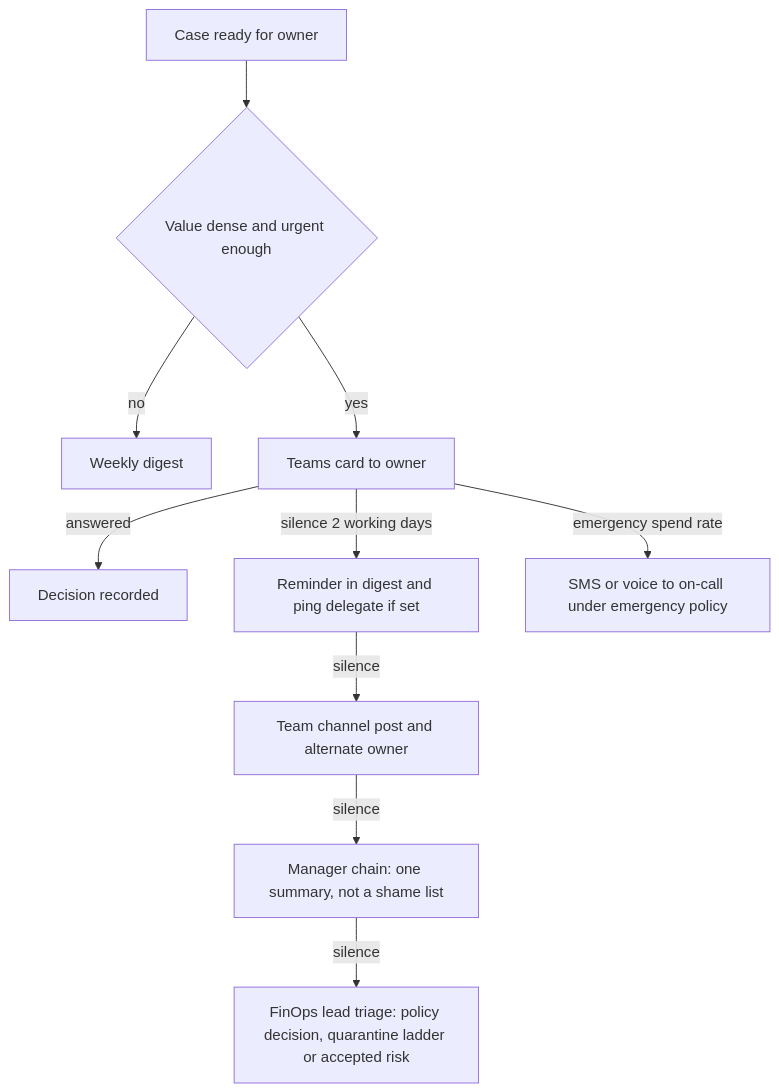
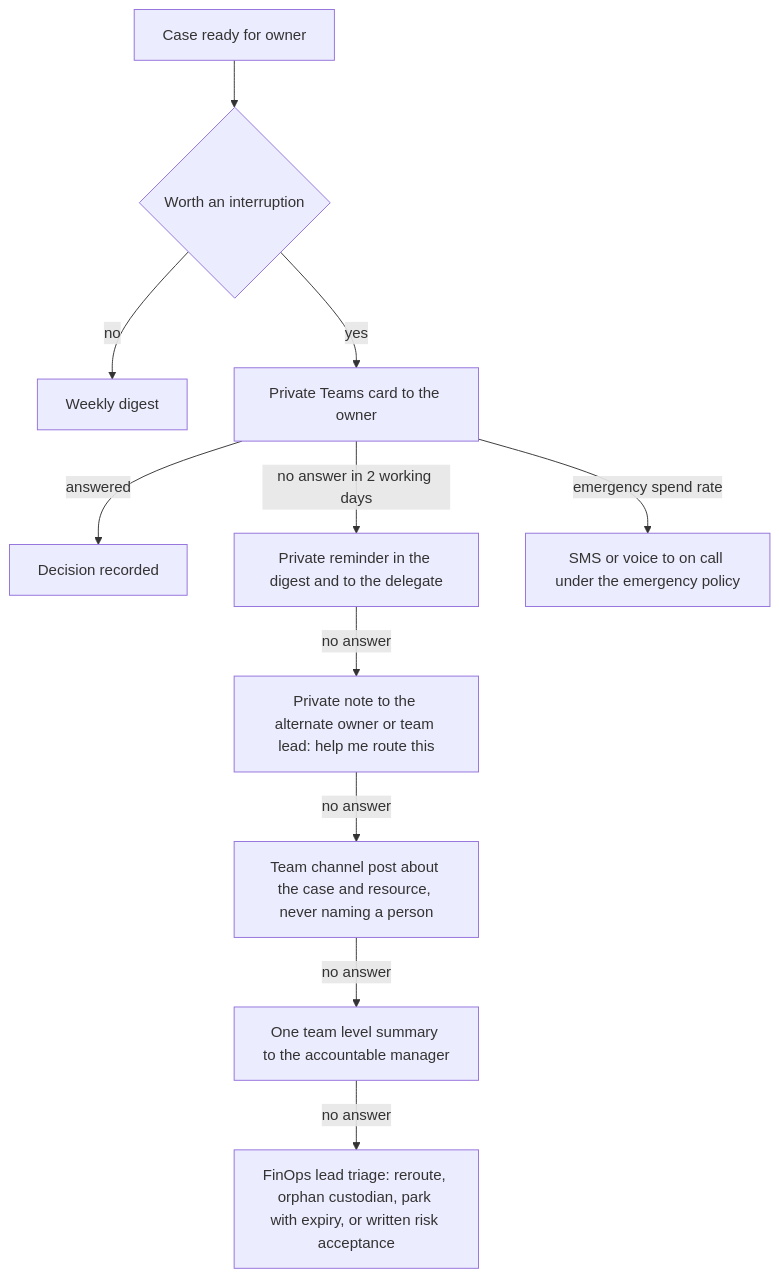
One commit to tinodo/meternaut changed the diagram in docs/ideation/05-human-interaction-concepts.md. Above: the diagram before and after it, drawn with Mermaid. The commit also changed other lines of this file and 42 other files, not shown here.

````diff
--- a/docs/ideation/05-human-interaction-concepts.md
+++ b/docs/ideation/05-human-interaction-concepts.md
@@ -64,12 +73,13 @@
 ```mermaid
 flowchart TB
-    A[Case ready for owner] --> B{Value dense and urgent enough}
+    A[Case ready for owner] --> B{Worth an interruption}
     B -->|no| C[Weekly digest]
-    B -->|yes| D[Teams card to owner]
+    B -->|yes| D[Private Teams card to the owner]
     D -->|answered| Z[Decision recorded]
-    D -->|silence 2 working days| E[Reminder in digest and ping delegate if set]
-    E -->|silence| F[Team channel post and alternate owner]
-    F -->|silence| G[Manager chain: one summary, not a shame list]
-    G -->|silence| H[FinOps lead triage: policy decision, quarantine ladder or accepted risk]
-    D -->|emergency spend rate| I[SMS or voice to on-call under emergency policy]
+    D -->|no answer in 2 working days| E[Private reminder in the digest and to the delegate]
+    E -->|no answer| F[Private note to the alternate owner or team lead: help me route this]
+    F -->|no answer| G[Team channel post about the case and resource, never naming a person]
+    G -->|no answer| H[One team level summary to the accountable manager]
+    H -->|no answer| I[FinOps lead triage: reroute, orphan custodian, park with expiry, or written risk acceptance]
+    D -->|emergency spend rate| J[SMS or voice to on call under the emergency policy]
 ```
````
